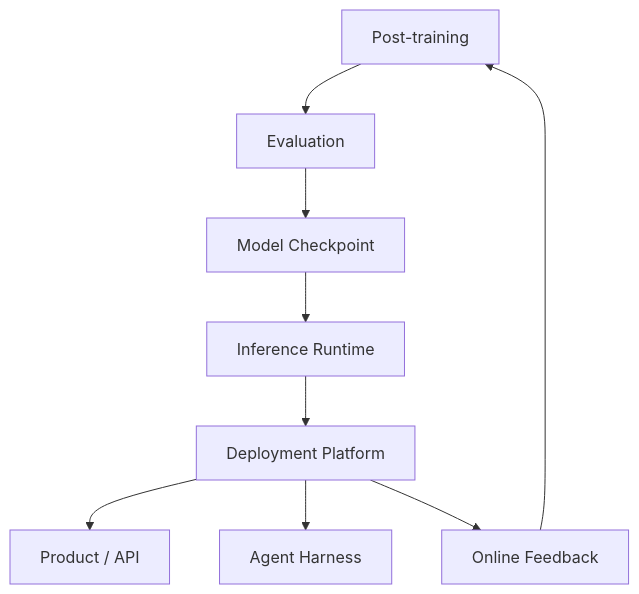
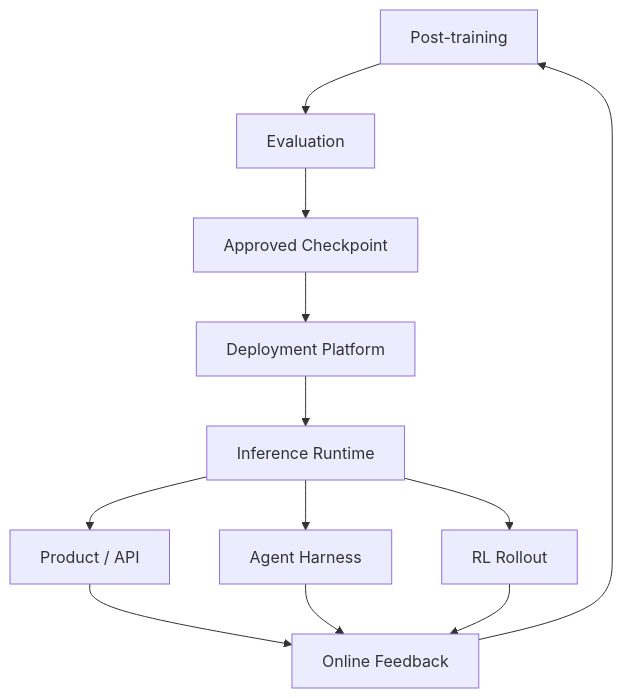
Before and after one commit to 7Hu0v0/lets_build_an_llm: the diagram in references/01_core_pipeline/01i_deployment_and_inference.md, drawn with Mermaid. The commit also changed other lines of this file, not shown here.

Commit message:
Refactor deployment and inference note

````diff
--- a/references/01_core_pipeline/01i_deployment_and_inference.md
+++ b/references/01_core_pipeline/01i_deployment_and_inference.md
@@ -100,11 +118,14 @@
 ```mermaid
 flowchart TD
     A[Post-training] --> B[Evaluation]
-    B --> C[Model Checkpoint]
-    C --> D[Inference Runtime]
-    D --> E[Deployment Platform]
+    B --> C[Approved Checkpoint]
+    C --> D[Deployment Platform]
+    D --> E[Inference Runtime]
     E --> F[Product / API]
     E --> G[Agent Harness]
-    E --> H[Online Feedback]
-    H --> A
+    E --> H[RL Rollout]
+    F --> I[Online Feedback]
+    G --> I
+    H --> I
+    I --> A
 ```
````
